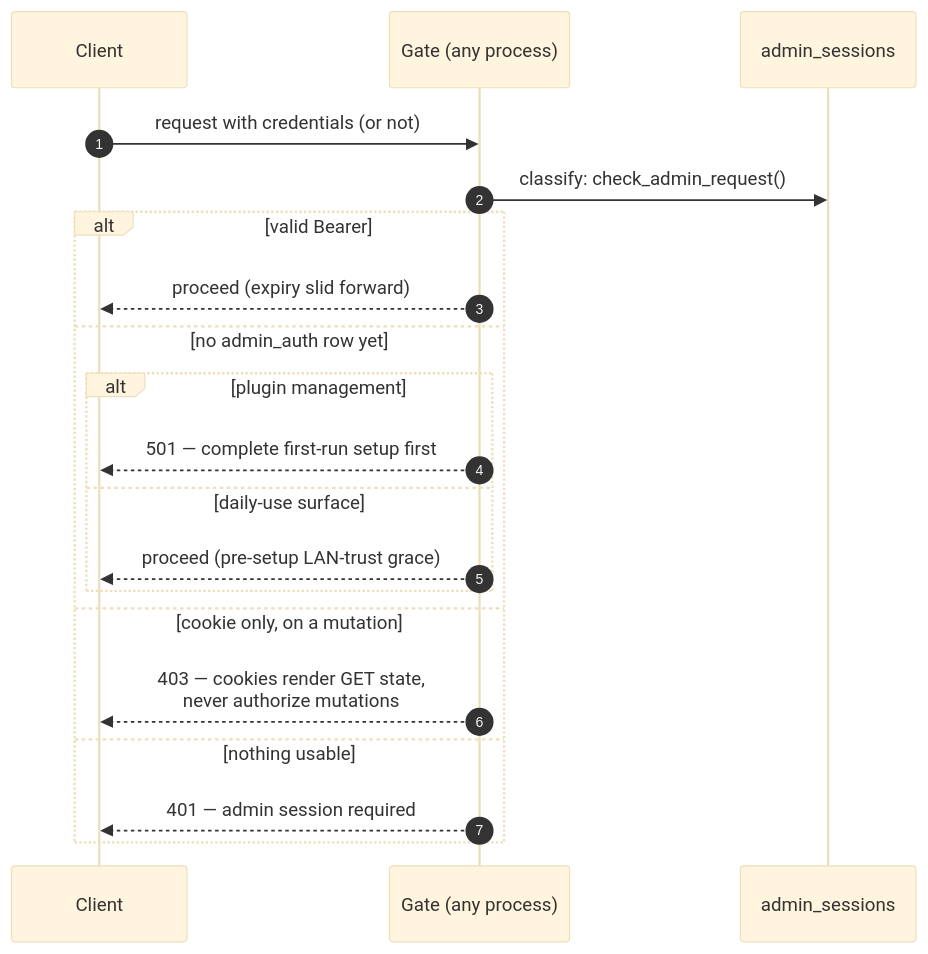
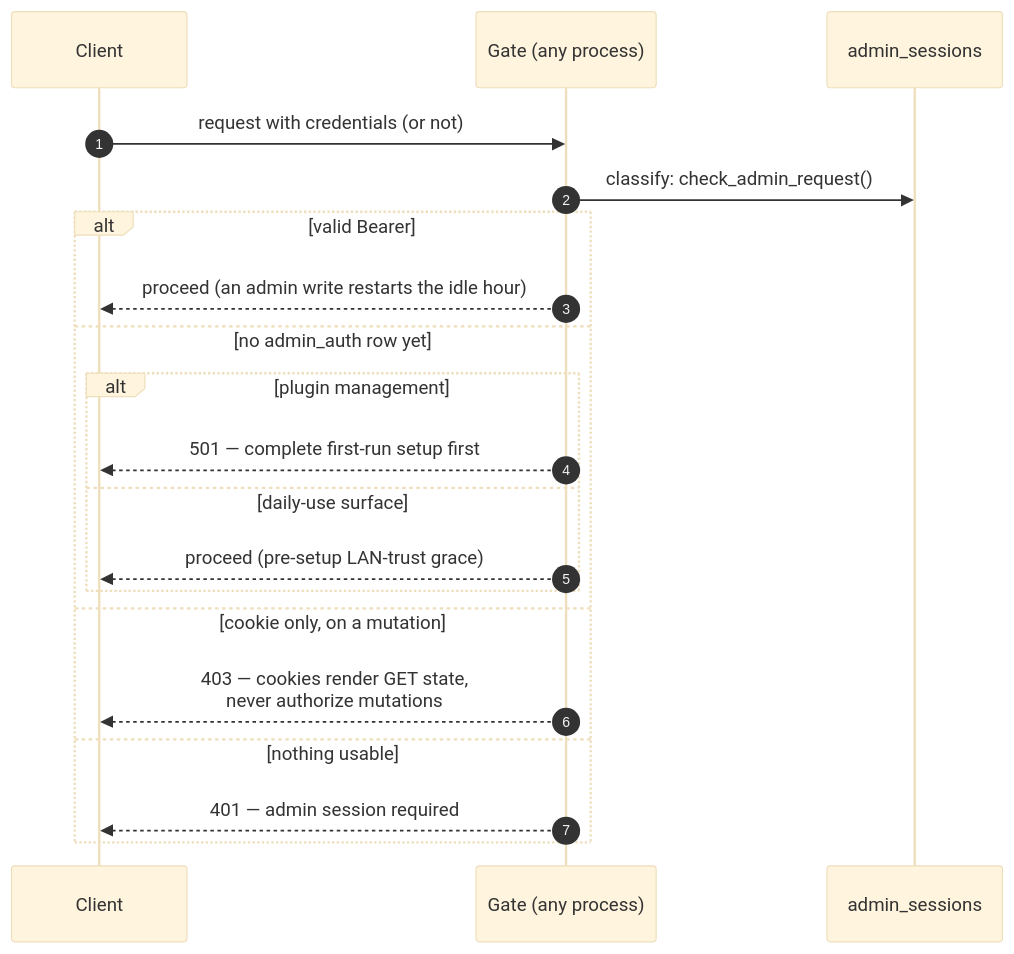
One commit to coders-farm-official/domovoi changed the third of 3 diagrams in docs/uml/auth.md. Above: the diagram before and after it, drawn with Mermaid (base theme). The commit also changed other lines of this file and 16 other files, not shown here.

````diff
--- a/docs/uml/auth.md
+++ b/docs/uml/auth.md
@@ -112,23 +113,23 @@
 ```mermaid
 sequenceDiagram
     autonumber
     participant CL as Client
     participant G as Gate (any process)
     participant PG as admin_sessions
 
     CL->>G: request with credentials (or not)
     G->>PG: classify: check_admin_request()
     alt valid Bearer
-        G-->>CL: proceed (expiry slid forward)
+        G-->>CL: proceed (an admin write restarts the idle hour)
     else no admin_auth row yet
         alt plugin management
             G-->>CL: 501 — complete first-run setup first
         else daily-use surface
             G-->>CL: proceed (pre-setup LAN-trust grace)
         end
     else cookie only, on a mutation
         G-->>CL: 403 — cookies render GET state,<br/>never authorize mutations
     else nothing usable
         G-->>CL: 401 — admin session required
     end
 ```
````
